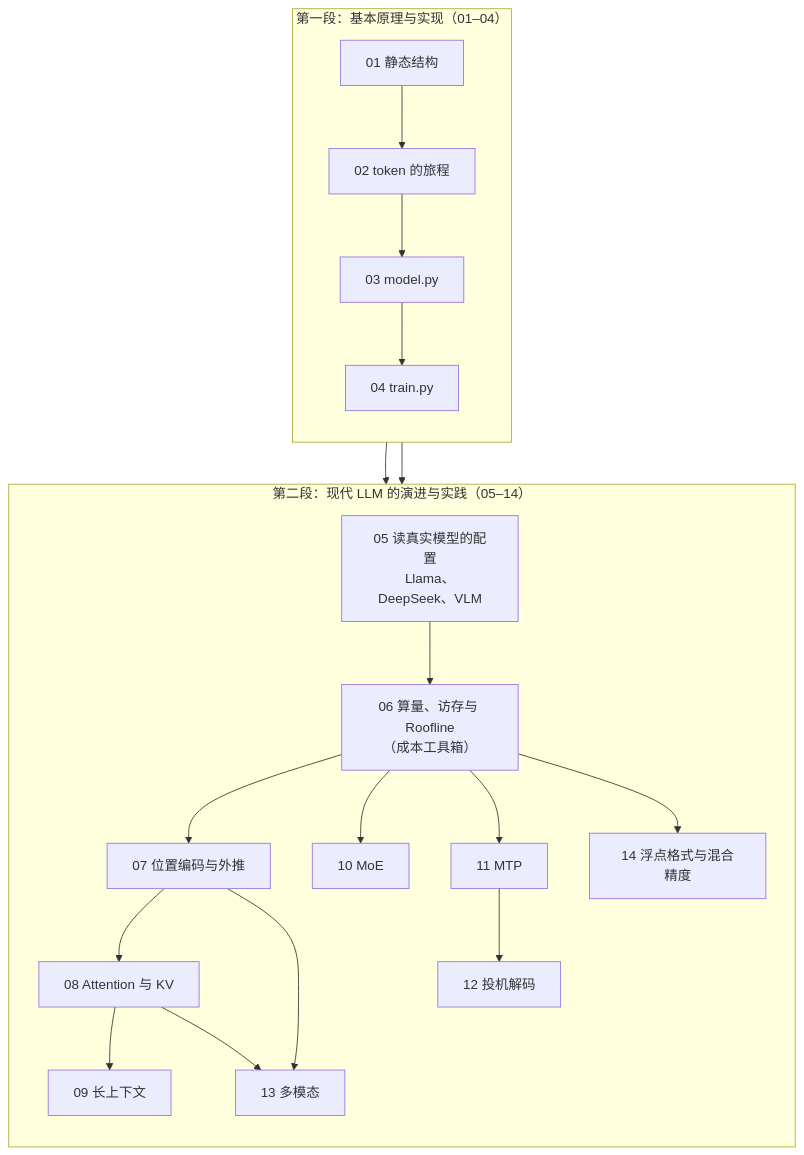
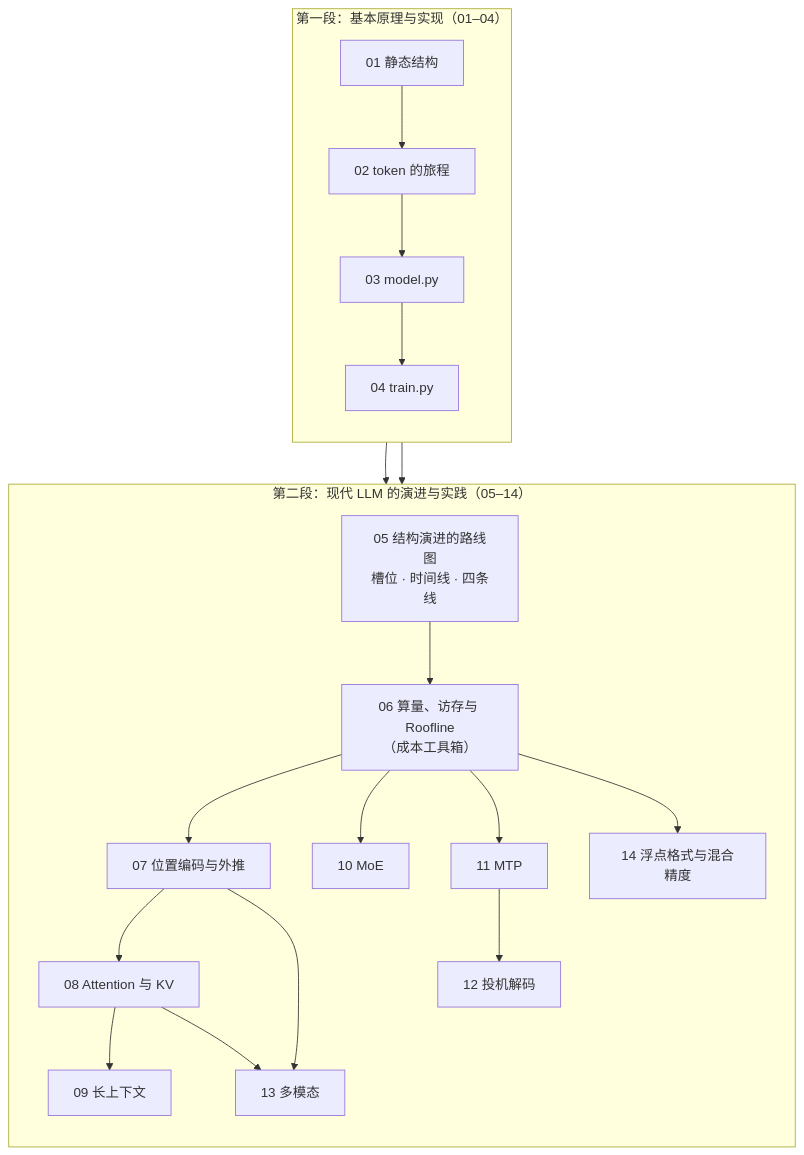
Before and after one commit to arganzheng/arganzheng.github.com: the first of 2 diagrams in _posts/2026-03-30-transformer-and-llm-structure-implementation-and-evolution.md, drawn with Mermaid. The commit also changed other lines of this file and 19 other files, not shown here.

First line of the commit message:
Transformer 与 LLM 05 重写为《从 GPT-2 到今天的 LLM——结构演进的路线图》；回应 #117/#164–#167 新评论

````diff
--- a/_posts/2026-03-30-transformer-and-llm-structure-implementation-and-evolution.md
+++ b/_posts/2026-03-30-transformer-and-llm-structure-implementation-and-evolution.md
@@ -37,22 +37,22 @@
 ```mermaid
 %%{init: {"flowchart": {"wrappingWidth": 150}}}%%
 %% 图：十四篇的依赖地图：先 GPT-2 的结构与实现，再以成本工具箱为入口逐项打开现代模型的改动
 flowchart TB
     subgraph S1["第一段：基本原理与实现（01–04）"]
         direction TB
         P1["01 静态结构"] --> P2["02 token 的旅程"] --> P3["03 model.py"] --> P4["04 train.py"]
     end
     subgraph S2["第二段：现代 LLM 的演进与实践（05–14）"]
         direction TB
-        P5["05 读真实模型的配置<br/>Llama、DeepSeek、VLM"] --> P6["06 算量、访存与 Roofline<br/>（成本工具箱）"]
+        P5["05 结构演进的路线图<br/>槽位 · 时间线 · 四条线"] --> P6["06 算量、访存与 Roofline<br/>（成本工具箱）"]
         P6 --> P7["07 位置编码与外推"] --> P8["08 Attention 与 KV"] --> P9["09 长上下文"]
         P6 --> P10["10 MoE"]
         P6 --> P11["11 MTP"] --> P12["12 投机解码"]
         P8 --> P13["13 多模态"]
         P7 --> P13
         P6 --> P14["14 浮点格式与混合精度"]
     end
     P3 --> P5
     P2 --> P6
     S1 ~~~ S2
 ```
````
